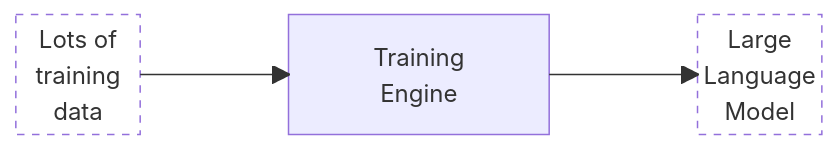
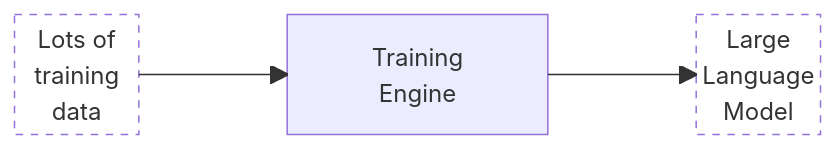
Before and after one commit to pve/hugo-site-dias: the first of 2 diagrams in content/book/act3-delegation/digital-inf-ai.md, drawn with Mermaid. The commit also changed other lines of this file and 24 other files, not shown here.

````diff
--- a/content/book/act3-delegation/digital-inf-ai.md
+++ b/content/book/act3-delegation/digital-inf-ai.md
@@ -18,11 +18,11 @@
 ```mermaid
 block-beta
 
-space in space llm:2 space out space
+in space llm:2 space out
 in["Lots of\ntraining\ndata"] --> llm["Training\nEngine"]
 llm--> out["Large\nLanguage\nModel"]
 
 style in fill:#fff,color:#000,line:#000;stroke-width:0px,color:#000,stroke-dasharray: 5 5
 style out fill:#fff,color:#000,line:#000;stroke-width:0px,color:#000,stroke-dasharray: 5 5
    
 ```
````
